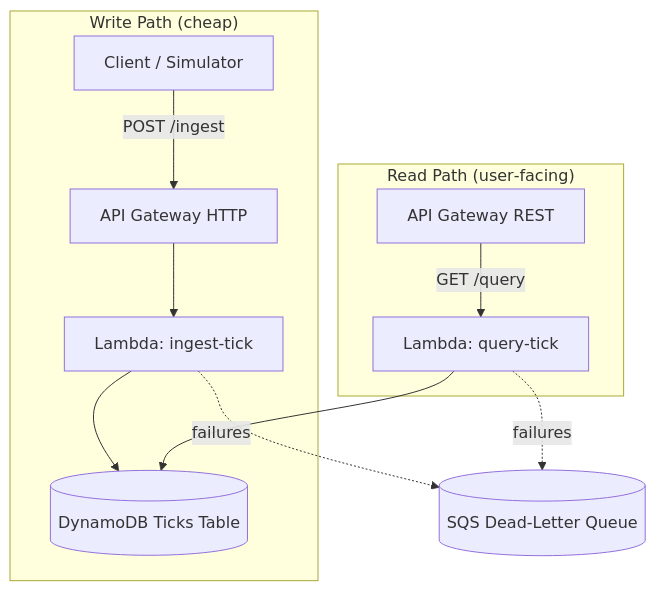
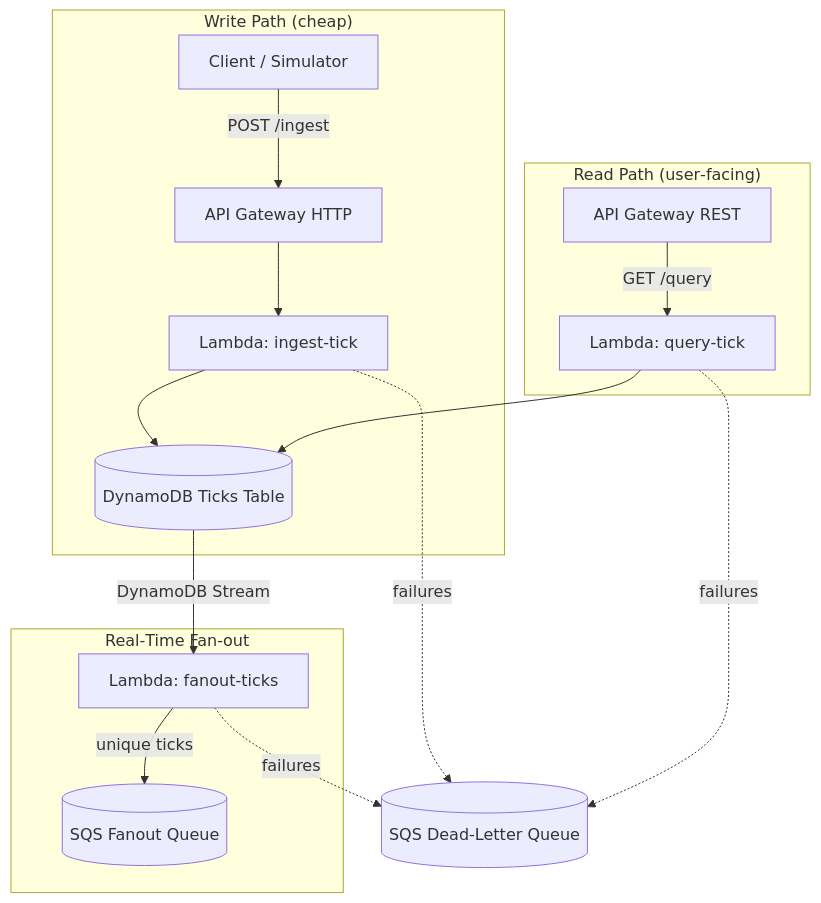
The diagram in README.md (andreivince/aws-real-time-pipeline), drawn with Mermaid before and after one commit. The commit also changed other lines of this file and 1 other file, not shown here.

`````diff
--- a/README.md
+++ b/README.md
@@ -52,19 +54,26 @@
 ```mermaid
 flowchart TD
   %% Write path (cheap HTTP API)
   subgraph "Write Path (cheap)"
     Client["Client / Simulator"] -->|"POST /ingest"| HttpAPI["API Gateway HTTP"]
     HttpAPI --> IngestLambda["Lambda: ingest‑tick"]
-    IngestLambda --> Dynamo[("DynamoDB Ticks Table")]
+    IngestLambda --> Dynamo[("DynamoDB Ticks Table")]
   end
 
   %% Read path (REST API with quotas)
   subgraph "Read Path (user‑facing)"
     RestAPI["API Gateway REST"] -->|"GET /query"| QueryLambda["Lambda: query‑tick"]
     QueryLambda --> Dynamo
   end
 
+  %% Fan‑out path (real‑time)
+  subgraph "Real‑Time Fan‑out"
+    Dynamo -- "DynamoDB Stream" --> FanoutLambda["Lambda: fanout‑ticks"]
+    FanoutLambda -->|"unique ticks"| FanoutQ[("SQS Fanout Queue")]
+  end
+
   %% Failure flow
   IngestLambda -. "failures" .-> DLQ[("SQS Dead‑Letter Queue")]
   QueryLambda  -. "failures" .-> DLQ
-````
+  FanoutLambda -. "failures" .-> DLQ
+```
`````
